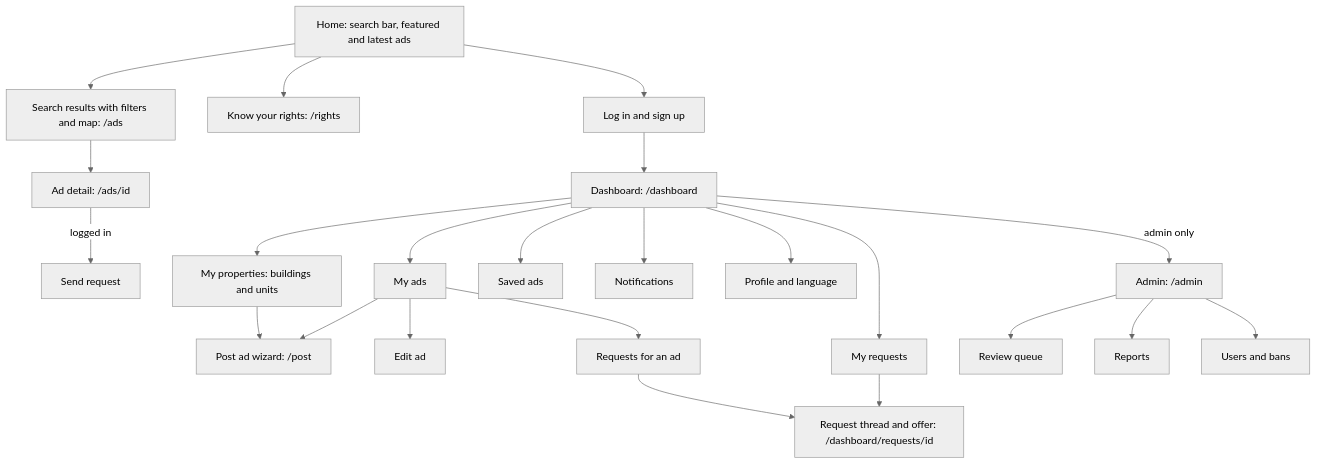
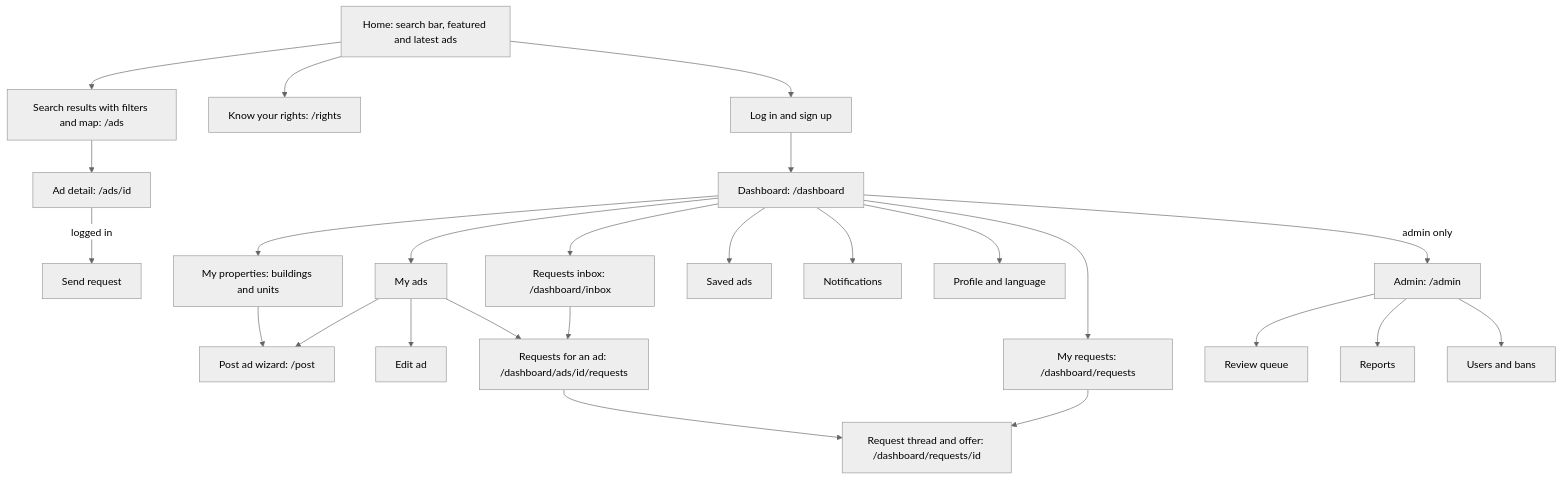
One commit to house-manager-bd/house-manager changed the third of 6 diagrams in docs/PROJECT_PLAN.md. Above: the diagram before and after it, drawn with Mermaid (neutral theme). The commit also changed other lines of this file and 24 other files, not shown here.

````diff
--- a/docs/PROJECT_PLAN.md
+++ b/docs/PROJECT_PLAN.md
@@ -332,25 +336,27 @@
 ```mermaid
 flowchart TD
     HOME["Home: search bar, featured and latest ads"] --> SEARCH["Search results with filters and map: /ads"]
     SEARCH --> DETAIL["Ad detail: /ads/id"]
     HOME --> RIGHTS["Know your rights: /rights"]
     HOME --> LOGIN["Log in and sign up"]
     DETAIL -->|"logged in"| REQ["Send request"]
     LOGIN --> DASH["Dashboard: /dashboard"]
     DASH --> PROPS["My properties: buildings and units"]
     PROPS --> POST["Post ad wizard: /post"]
     DASH --> MYADS["My ads"]
     MYADS --> POST
     MYADS --> EDIT["Edit ad"]
-    MYADS --> INBOX["Requests for an ad"]
-    DASH --> MYREQ["My requests"]
+    MYADS --> INBOX["Requests for an ad: /dashboard/ads/id/requests"]
+    DASH --> INBOXALL["Requests inbox: /dashboard/inbox"]
+    INBOXALL --> INBOX
+    DASH --> MYREQ["My requests: /dashboard/requests"]
     INBOX --> THREAD["Request thread and offer: /dashboard/requests/id"]
     MYREQ --> THREAD
     DASH --> SAVED["Saved ads"]
     DASH --> NOTI["Notifications"]
     DASH --> PROFILE["Profile and language"]
     DASH -->|"admin only"| ADMIN["Admin: /admin"]
     ADMIN --> QUEUE["Review queue"]
     ADMIN --> REPORTS["Reports"]
     ADMIN --> USERS["Users and bans"]
 ```
````
